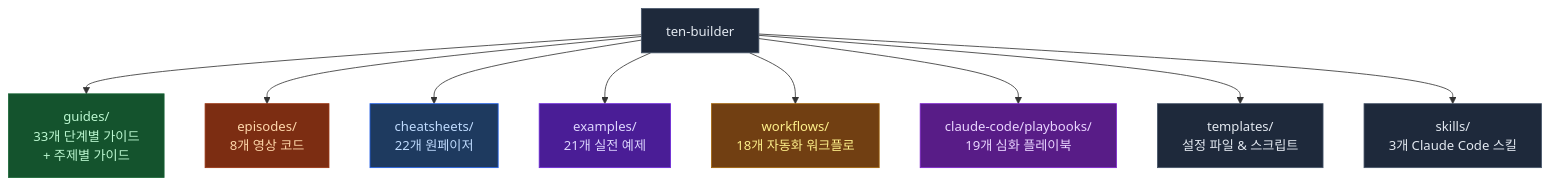
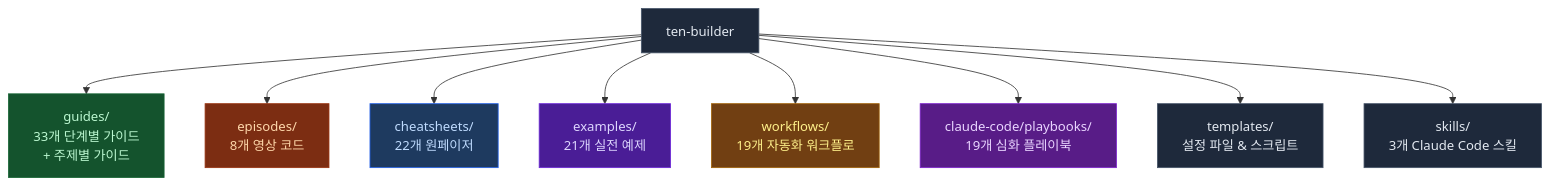
One commit to ten-builder/ten-builder changed the first of 2 diagrams in README.md. Above: the diagram before and after it, drawn with Mermaid. The commit also changed other lines of this file, not shown here.

Commit message:
docs: add ai-agent-config-optimization to README workflow table

````diff
--- a/README.md
+++ b/README.md
@@ -23,21 +23,21 @@
 ```mermaid
 flowchart TD
     R["ten-builder"] --> G["guides/\n33개 단계별 가이드\n+ 주제별 가이드"]
     R --> E["episodes/\n8개 영상 코드"]
     R --> C["cheatsheets/\n22개 원페이저"]
     R --> EX["examples/\n21개 실전 예제"]
-    R --> W["workflows/\n18개 자동화 워크플로"]
+    R --> W["workflows/\n19개 자동화 워크플로"]
     R --> P["claude-code/playbooks/\n19개 심화 플레이북"]
     R --> T["templates/\n설정 파일 & 스크립트"]
     R --> S["skills/\n3개 Claude Code 스킬"]
 
     style R fill:#1e293b,stroke:#475569,color:#e2e8f0
     style G fill:#14532d,stroke:#166534,color:#bbf7d0
     style E fill:#7c2d12,stroke:#9a3412,color:#fed7aa
     style C fill:#1e3a5f,stroke:#2563eb,color:#bfdbfe
     style EX fill:#4a1d96,stroke:#6d28d9,color:#ddd6fe
     style W fill:#713f12,stroke:#a16207,color:#fef08a
     style P fill:#581c87,stroke:#7e22ce,color:#e9d5ff
     style T fill:#1e293b,stroke:#475569,color:#e2e8f0
     style S fill:#1e293b,stroke:#475569,color:#e2e8f0
 ```
````
